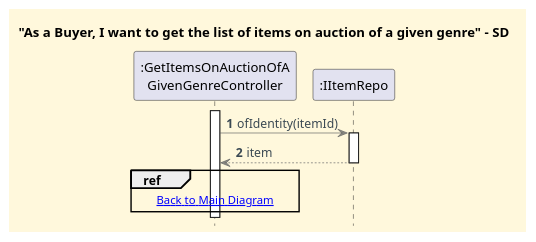
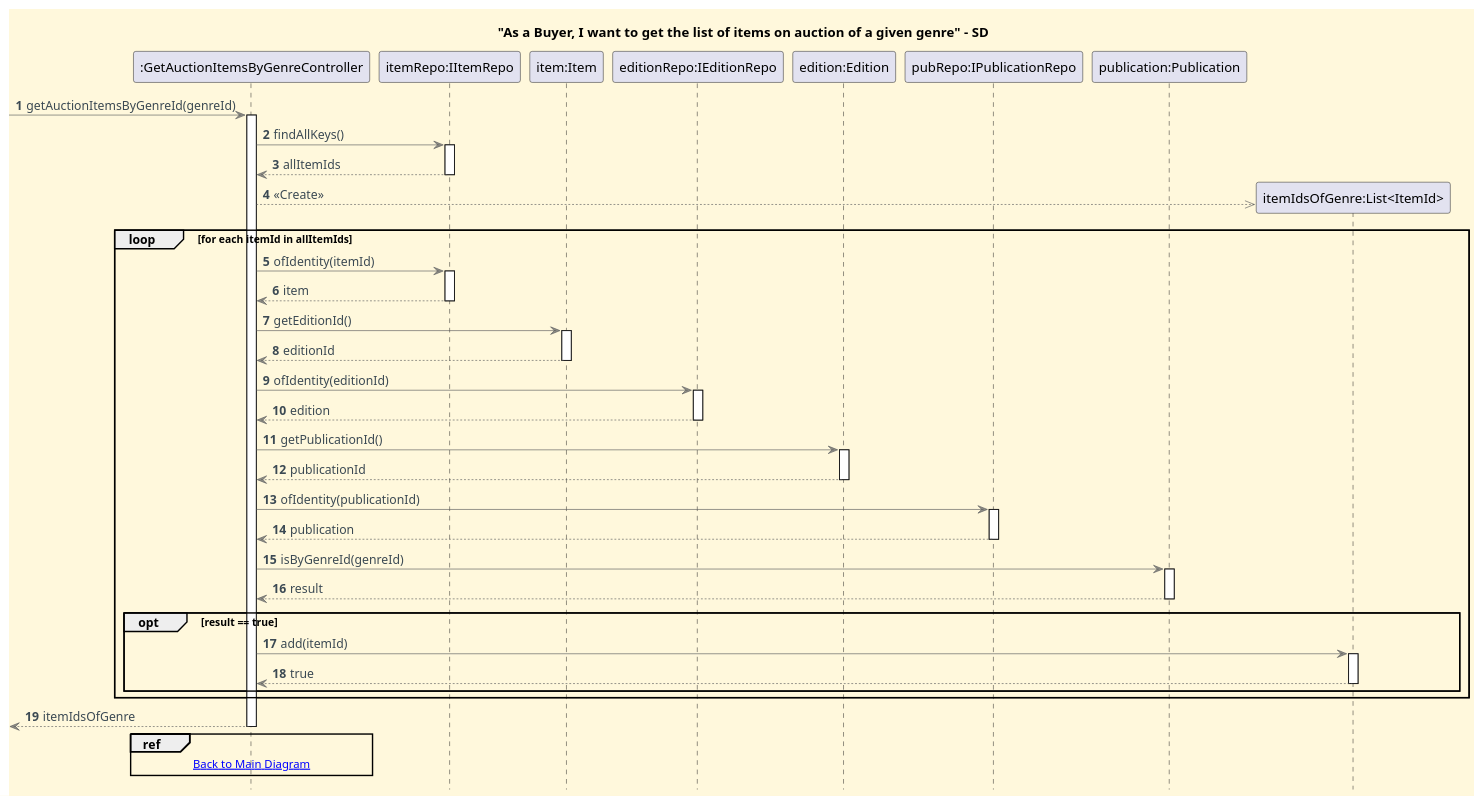
The diagram in docs/functionalities/buyer/get-list-of-items-on-auction-of-given-genre/sd-ref-diagrams/Get_Items.puml (CarolinaLeite-collab/JavaMarketplacePlatform), drawn with PlantUML before and after one commit. The commit also changed 1 other file, not shown here.

Commit message:
task: Updated Sequence Diagram relative to US036, #869

```diff
--- a/docs/functionalities/buyer/get-list-of-items-on-auction-of-given-genre/sd-ref-diagrams/Get_Items.puml
+++ b/docs/functionalities/buyer/get-list-of-items-on-auction-of-given-genre/sd-ref-diagrams/Get_Items.puml
@@ -1,30 +1,82 @@
 @startuml
 title "As a Buyer, I want to get the list of items on auction of a given genre" - SD
 
 '==== basic style ====
 skinparam monochrome false
 skinparam defaultFontName Futura
 skinparam objectFontSize 20
 skinparam backgroundColor CornSilk
 skinparam objectBackgroundColor WhiteSmoke
 skinparam noteBackgroundColor #FFFFE0
 skinparam ArrowFontColor #3B4953
 skinparam ArrowColor #57595BAA
 
 autonumber
 autoactivate off
 hidefootbox
 
-participant ":GetItemsOnAuctionOfA\nGivenGenreController" as CTL
-participant ":IItemRepo" as REPO
+participant ":GetAuctionItemsByGenreController" as CTL
+participant "itemRepo:IItemRepo" as IRepo
+participant "item:Item" as Item
+participant "editionRepo:IEditionRepo" as ERepo
+participant "edition:Edition" as Edition
+participant "pubRepo:IPublicationRepo" as PRepo
+participant "publication:Publication" as Publication
 
+[-> CTL : getAuctionItemsByGenreId(genreId)
 activate CTL
-CTL -> REPO : ofIdentity(itemId)
-activate REPO
-REPO --> CTL : item
-deactivate REPO
+
+CTL -> IRepo : findAllKeys()
+activate IRepo
+IRepo --> CTL : allItemIds
+deactivate IRepo
+
+create "itemIdsOfGenre:List<ItemId>"
+CTL -->> "itemIdsOfGenre:List<ItemId>" : <<Create>>
+
+loop for each itemId in allItemIds
+    CTL -> IRepo : ofIdentity(itemId)
+    activate IRepo
+    IRepo --> CTL : item
+    deactivate IRepo
+
+    CTL -> Item : getEditionId()
+    activate Item
+    Item --> CTL : editionId
+    deactivate Item
+
+    CTL -> ERepo : ofIdentity(editionId)
+    activate ERepo
+    ERepo --> CTL : edition
+    deactivate ERepo
+
+    CTL -> Edition : getPublicationId()
+    activate Edition
+    Edition --> CTL : publicationId
+    deactivate Edition
+
+    CTL -> PRepo : ofIdentity(publicationId)
+    activate PRepo
+    PRepo --> CTL : publication
+    deactivate PRepo
+
+    CTL -> Publication : isByGenreId(genreId)
+    activate Publication
+    Publication --> CTL : result
+    deactivate Publication
+
+    opt result == true
+        CTL -> "itemIdsOfGenre:List<ItemId>" : add(itemId)
+        activate "itemIdsOfGenre:List<ItemId>"
+        "itemIdsOfGenre:List<ItemId>" --> CTL : true
+        deactivate "itemIdsOfGenre:List<ItemId>"
+    end
+end
+
+[<-- CTL : itemIdsOfGenre
+deactivate CTL
 
 ref over CTL
 [[../Get_List_Of_Items_on_Auction_Of_Given_Genre_SD.puml Back to Main Diagram]]
 end ref
 @enduml
```
